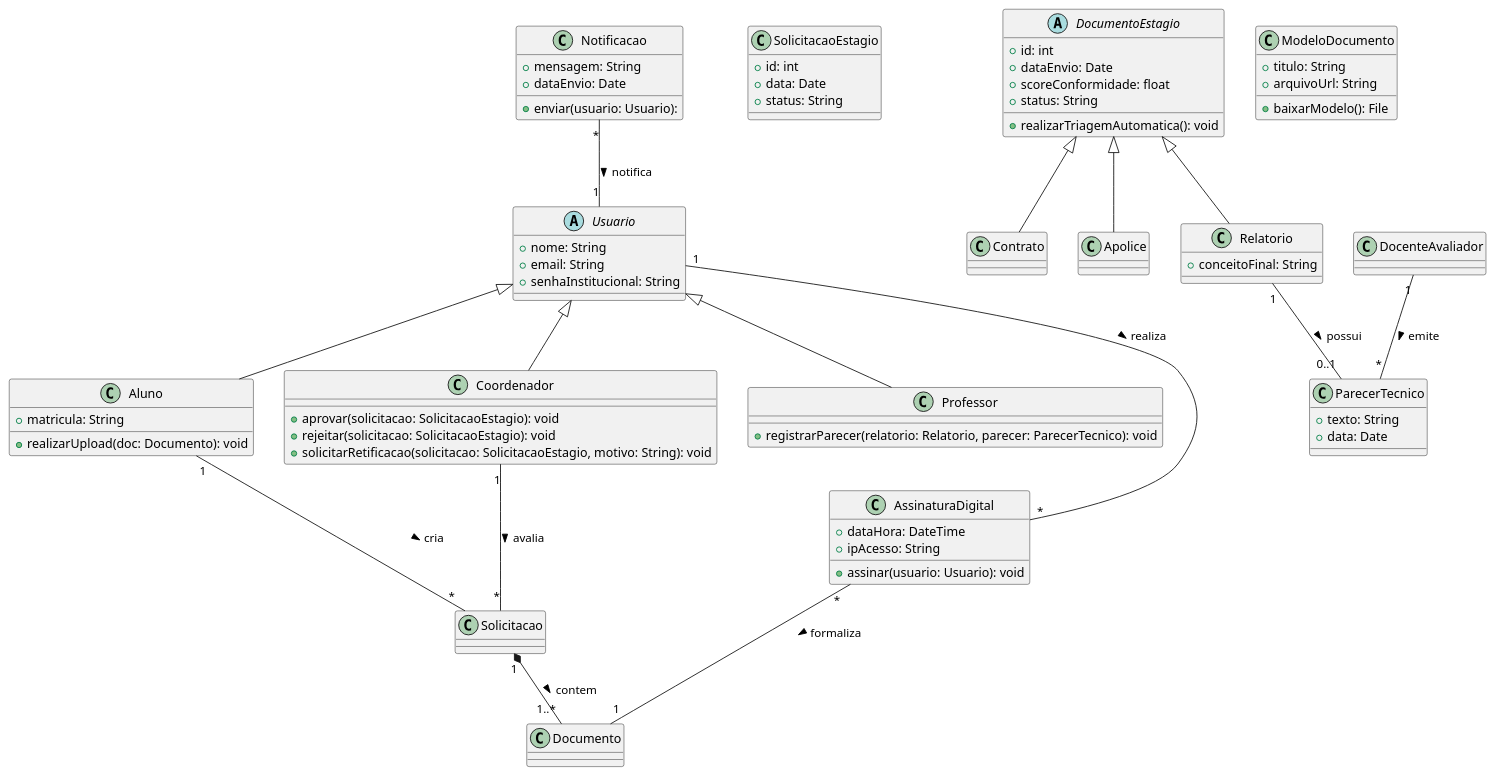
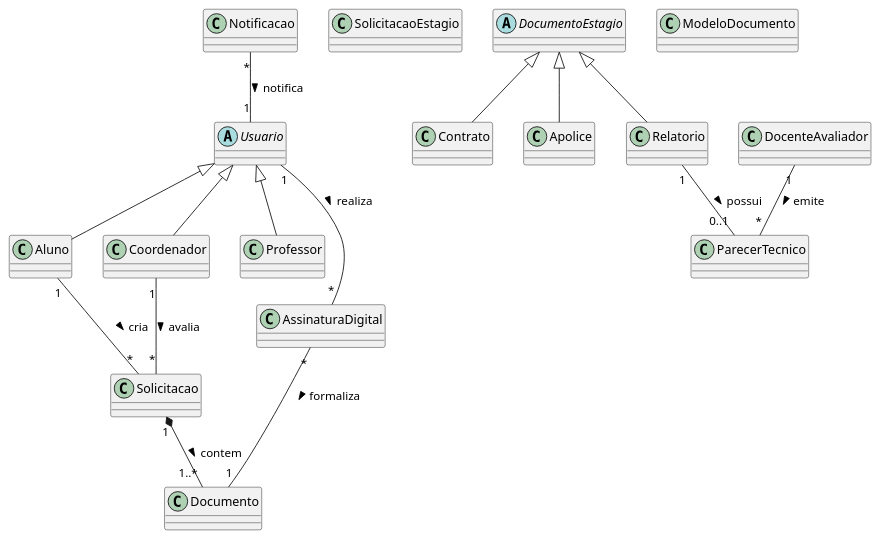
One commit to Projetos-de-Extensao/PBE_26.1_8001_I changed the diagram in mkdocs/Elaboracao/diagrama_de_classes.md. Above: the diagram before and after it, drawn with PlantUML.

Commit message:
Tirando os atributos do Diagrama de Classes

````diff
--- a/mkdocs/Elaboracao/diagrama_de_classes.md
+++ b/mkdocs/Elaboracao/diagrama_de_classes.md
@@ -18,80 +18,80 @@
 ```plantuml
 @startuml
 abstract class Usuario {
-	+ nome: String
-	+ email: String
-	+ senhaInstitucional: String
+	' + nome: String
+	' + email: String
+	' + senhaInstitucional: String
 }
 
 class Aluno extends Usuario {
-	+ matricula: String
-	+ realizarUpload(doc: Documento): void
+	' + matricula: String
+	' + realizarUpload(doc: Documento): void
 }
 
 class Coordenador extends Usuario {
-	+ aprovar(solicitacao: SolicitacaoEstagio): void
-	+ rejeitar(solicitacao: SolicitacaoEstagio): void
-	+ solicitarRetificacao(solicitacao: SolicitacaoEstagio, motivo: String): void
+	' + aprovar(solicitacao: SolicitacaoEstagio): void
+	' + rejeitar(solicitacao: SolicitacaoEstagio): void
+	' + solicitarRetificacao(solicitacao: SolicitacaoEstagio, motivo: String): void
 }
 
 class Professor extends Usuario {
-	+ registrarParecer(relatorio: Relatorio, parecer: ParecerTecnico): void
+	' + registrarParecer(relatorio: Relatorio, parecer: ParecerTecnico): void
 }
 
 class SolicitacaoEstagio {
-	+ id: int
-	+ data: Date
-	+ status: String
+	' + id: int
+	' + data: Date
+	' + status: String
 }
 
 abstract class DocumentoEstagio {
-	+ id: int
-	+ dataEnvio: Date
-	+ scoreConformidade: float
-	+ status: String
-	+ realizarTriagemAutomatica(): void
+	' + id: int
+	' + dataEnvio: Date
+	' + scoreConformidade: float
+	' + status: String
+	' + realizarTriagemAutomatica(): void
 }
 
 class Contrato extends DocumentoEstagio {}
 
 class Apolice extends DocumentoEstagio {}
 
 class Relatorio extends DocumentoEstagio {
-	+ conceitoFinal: String
+	' + conceitoFinal: String
 }
 
 class ParecerTecnico {
-  + texto: String
-  + data: Date
+'   + texto: String
+'   + data: Date
 }
 
 class AssinaturaDigital {
-	+ dataHora: DateTime
-	+ ipAcesso: String
-	+ assinar(usuario: Usuario): void
+	' + dataHora: DateTime
+	' + ipAcesso: String
+	' + assinar(usuario: Usuario): void
 }
 
 class ModeloDocumento {
-	+ titulo: String
-	+ arquivoUrl: String
-	+ baixarModelo(): File
+	' + titulo: String
+	' + arquivoUrl: String
+	' + baixarModelo(): File
 }
 
 class Notificacao {
-	+ mensagem: String
-	+ dataEnvio: Date
-	+ enviar(usuario: Usuario):
+	' + mensagem: String
+	' + dataEnvio: Date
+	' + enviar(usuario: Usuario):
 }
 
 
 Aluno "1" -- "*" Solicitacao : cria >
 Solicitacao "1" *-- "1..*" Documento : contem >
 Coordenador "1" -- "*" Solicitacao : avalia >
 Relatorio "1" -- "0..1" ParecerTecnico : possui >
 DocenteAvaliador "1" -- "*" ParecerTecnico : emite >
 AssinaturaDigital "*" -- "1" Documento : formaliza >
 Usuario "1" -- "*" AssinaturaDigital : realiza >
 Notificacao "*" -- "1" Usuario : notifica >
 
 @enduml
 ```
````
